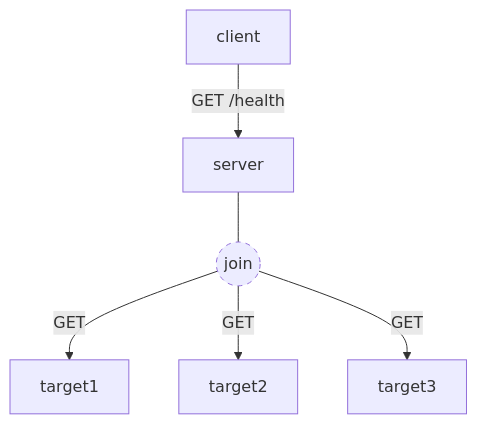
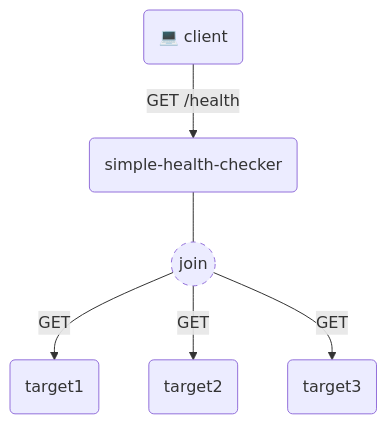
The diagram in README.md (TzlilLevi/simple-health-checker), drawn with Mermaid before and after one commit.

Commit message:
improve mermaid graph

````diff
--- a/README.md
+++ b/README.md
@@ -4,17 +4,17 @@
 ```mermaid
 graph TD
-    client
-    server
-    target1
-    target2
-    target3
+    client("💻 client")
+    server(simple-health-checker)
+    target1(target1)
+    target2(target2)
+    target3(target3)
     join((join))
 
     client --GET /health-->server
     server---join
     join --GET--> target1
     join --GET--> target2
     join --GET--> target3
 
     style join stroke-dasharray: 5 5
 ```
````
